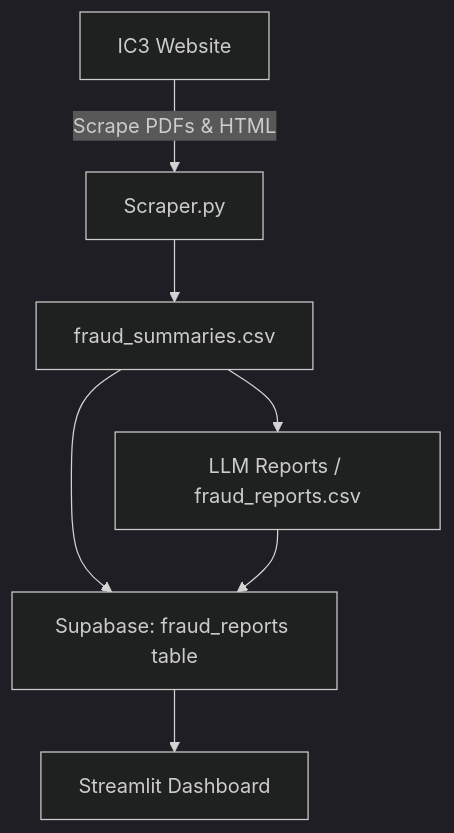
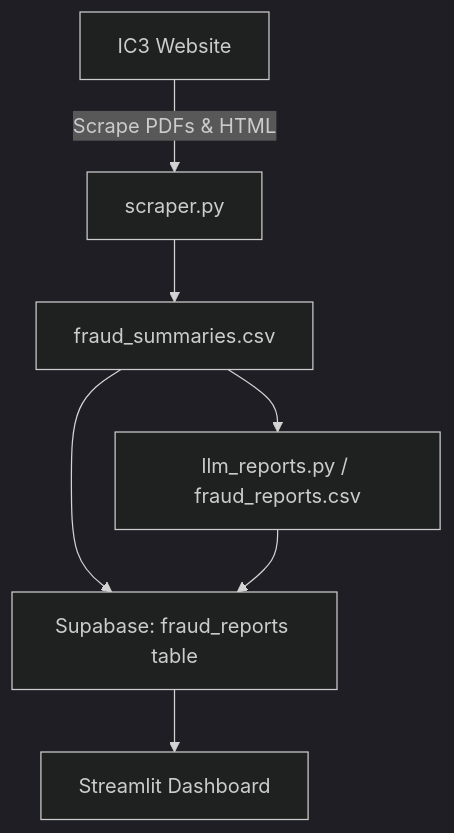
One commit to JaysonAllman/DTSC-Fraud-Project changed the diagram in README.md. Above: the diagram before and after it, drawn with Mermaid (dark theme).

````diff
--- a/README.md
+++ b/README.md
@@ -44,9 +44,9 @@
 ```mermaid
 graph TD
-    A[IC3 Website] -->|Scrape PDFs & HTML| B[Scraper.py]
+    A[IC3 Website] -->|Scrape PDFs & HTML| B[scraper.py]
     B --> C[fraud_summaries.csv]
-    C --> D[LLM Reports / fraud_reports.csv]
+    C --> D[llm_reports.py / fraud_reports.csv]
     C --> E[Supabase: pdf_summaries table]
     D --> E[Supabase: fraud_reports table]
     E --> F[Streamlit Dashboard]
 ```
````
